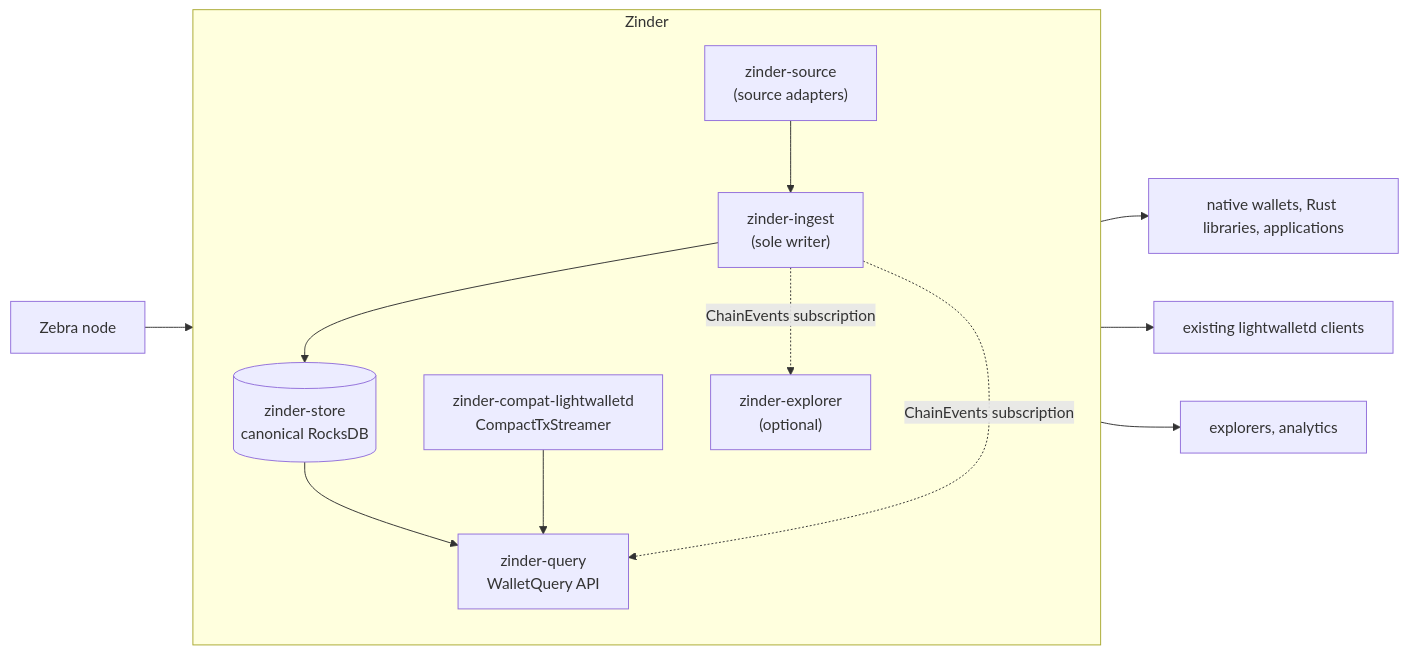
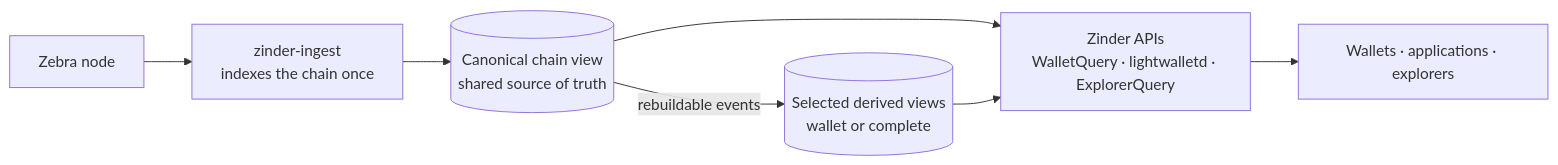
The diagram in README.md (gustavovalverde/zinder), drawn with Mermaid before and after one commit. The commit also changed other lines of this file and 13 other files, not shown here.

First line of the commit message:
docs(architecture): document wallet workload presets

````diff
--- a/README.md
+++ b/README.md
@@ -98,26 +100,9 @@
 ```mermaid
 flowchart LR
-    Zebra["Zebra node"]
-
-    subgraph zinder["Zinder"]
-        direction TB
-        Source["zinder-source<br/>(source adapters)"]
-        Ingest["zinder-ingest<br/>(sole writer)"]
-        Store[("zinder-store<br/>canonical RocksDB")]
-        Query["zinder-query<br/>WalletQuery API"]
-        Compat["zinder-compat-lightwalletd<br/>CompactTxStreamer"]
-        Explorer["zinder-explorer<br/>(optional)"]
-
-        Source --> Ingest
-        Ingest --> Store
-        Store --> Query
-        Compat --> Query
-        Ingest -. "ChainEvents subscription" .-> Query
-        Ingest -. "ChainEvents subscription" .-> Explorer
-    end
-
-    Zebra --> Source
-    Query --> NativeClients["native wallets, Rust libraries, applications"]
-    Compat --> LightwalletdClients["existing lightwalletd clients"]
-    Explorer --> Explorers["explorers, analytics"]
+    Zebra["Zebra node"] --> Ingest["zinder-ingest<br/>indexes the chain once"]
+    Ingest --> Canonical[("Canonical chain view<br/>shared source of truth")]
+    Canonical --> APIs["Zinder APIs<br/>WalletQuery · lightwalletd · ExplorerQuery"]
+    Canonical -->|"rebuildable events"| Projections[("Selected derived views<br/>wallet or complete")]
+    Projections --> APIs
+    APIs --> Consumers["Wallets · applications · explorers"]
 ```
````
